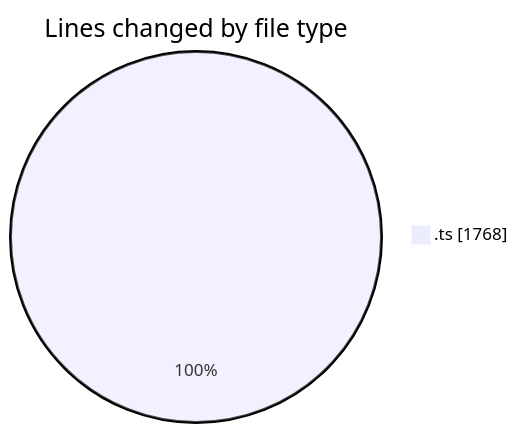
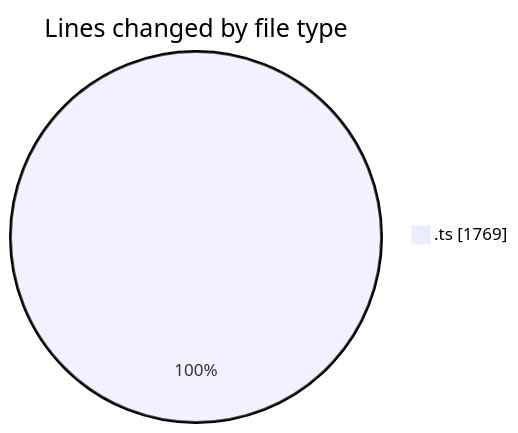
The first of 2 diagrams in 2025-06-27/cda/README.md (momahboobian/code-tracking), drawn with Mermaid before and after one commit. The commit also changed other lines of this file and 1 other file, not shown here.

````diff
--- a/2025-06-27/cda/README.md
+++ b/2025-06-27/cda/README.md
@@ -24,5 +24,5 @@
 ```mermaid
 pie showData
 title Lines changed by file type
-".ts" : 1768
+".ts" : 1769
 ```
````
